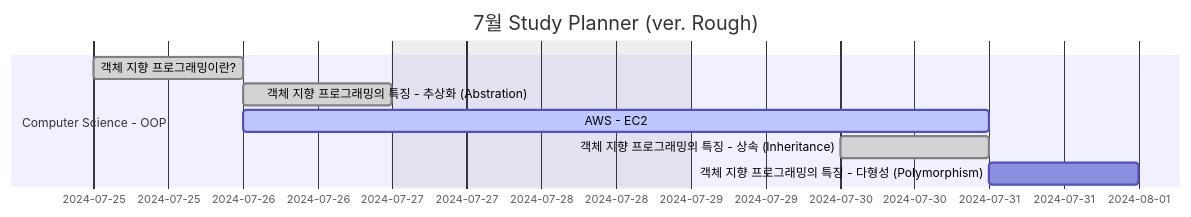
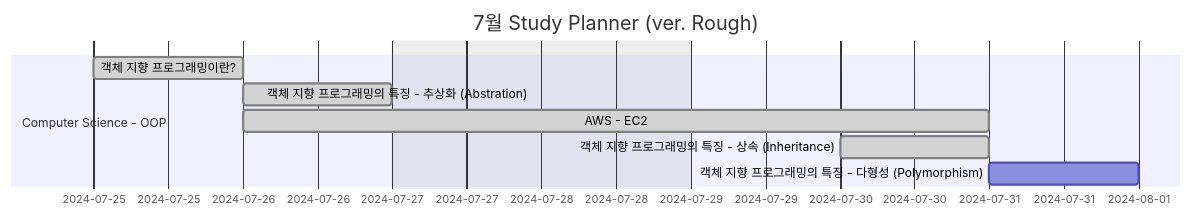
Before and after one commit to HyungJinHan/HyungJinHan.github.io: the first of 2 diagrams in _posts/other/2024-07-24-plan.md, drawn with Mermaid. The commit also changed other lines of this file and 3 other files, not shown here.

````diff
--- a/_posts/other/2024-07-24-plan.md
+++ b/_posts/other/2024-07-24-plan.md
@@ -20,12 +20,12 @@
 ```mermaid
 gantt
 title  7월 Study Planner (ver. Rough)
 excludes weekends
 
 section Computer Science - OOP
   객체 지향 프로그래밍이란? :done, 2024-07-25, 1d
   객체 지향 프로그래밍의 특징 - 추상화 (Abstration) :done, 2024-07-26, 1d
-  AWS - EC2 :active, 2024-07-26, 3d
+  AWS - EC2 :done, 2024-07-26, 3d
   객체 지향 프로그래밍의 특징 - 상속 (Inheritance) :done, 2024-07-30, 1d
   객체 지향 프로그래밍의 특징 - 다형성 (Polymorphism) :d, 2024-07-31, 1d
 ```
````
